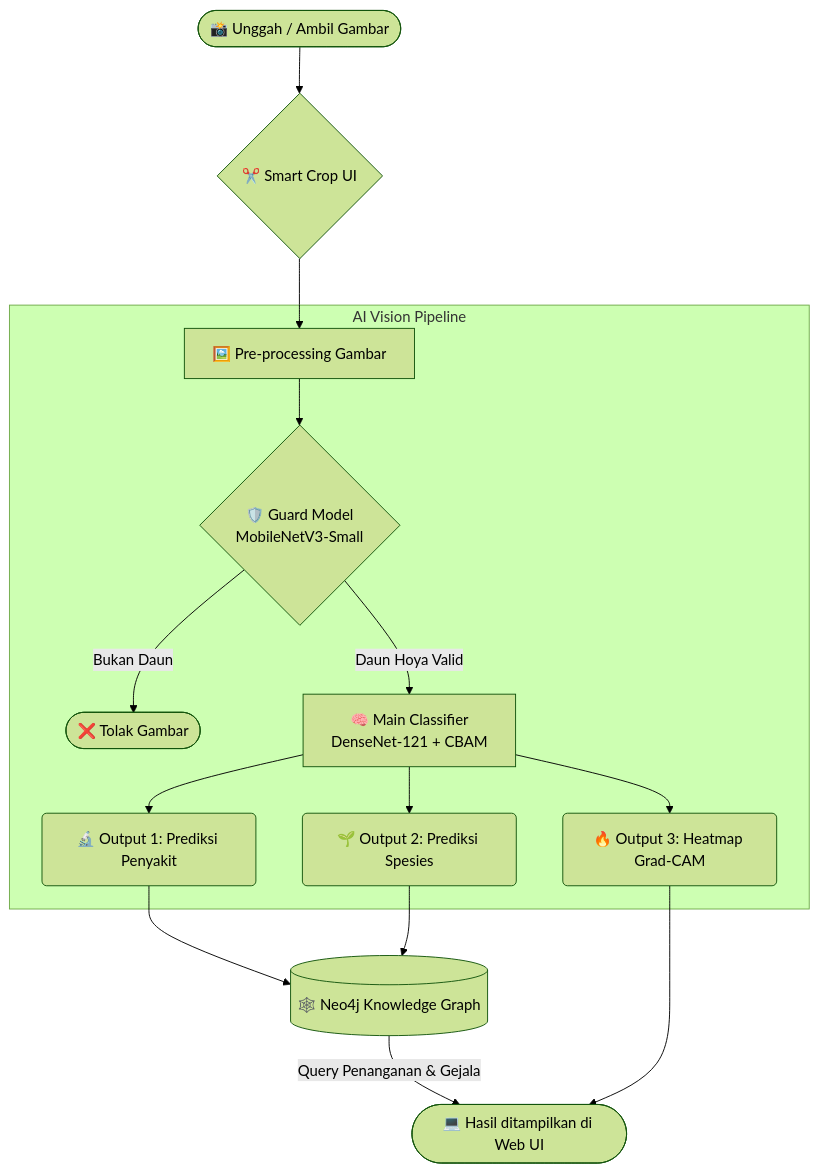
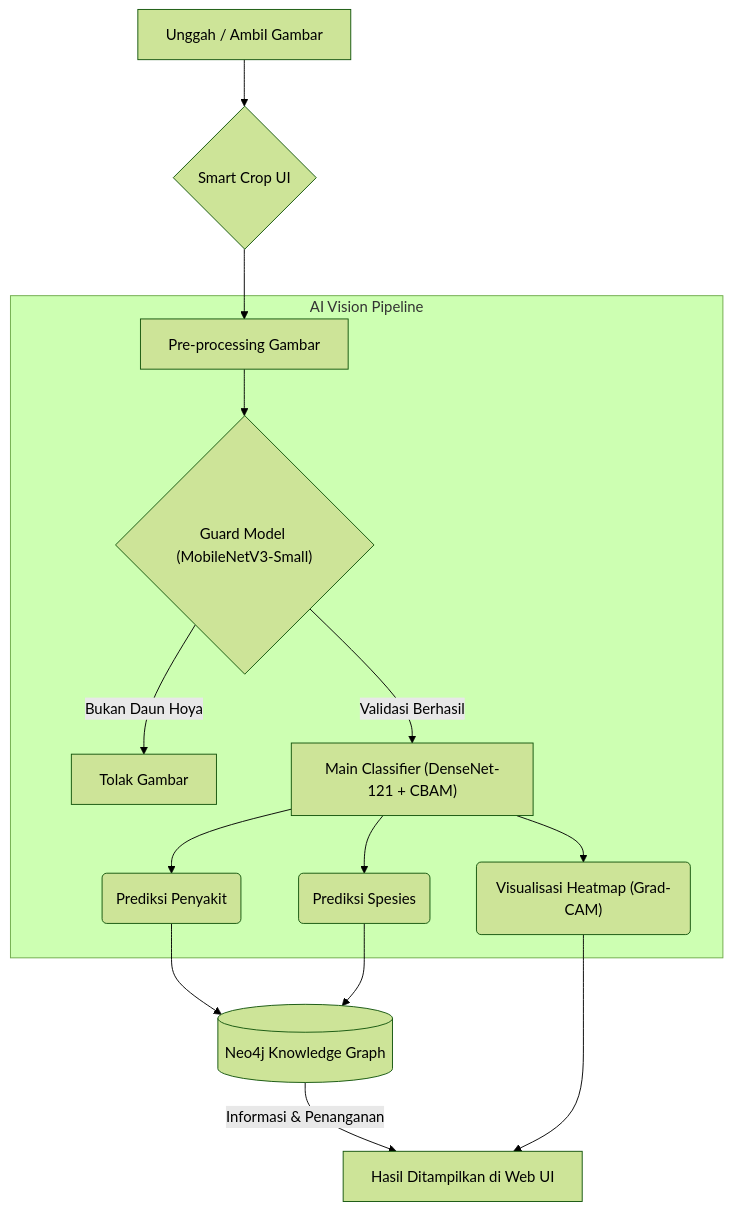
The diagram in README.md (fabiobanyu/MBKM-Hoya-Leaf-Disease-Detection), drawn with Mermaid (forest theme) before and after one commit. The commit also changed other lines of this file, not shown here.

Commit message:
Enhance README.md design, add tech stack section and fix Mermaid diagram

````diff
--- a/README.md
+++ b/README.md
@@ -47,21 +68,21 @@
 ```mermaid
 graph TD
-    A([📸 Unggah / Ambil Gambar]) --> B{✂️ Smart Crop UI}
-    B --> C[🖼️ Pre-processing Gambar]
+    A["Unggah / Ambil Gambar"] --> B{"Smart Crop UI"}
+    B --> C["Pre-processing Gambar"]
     
-    subgraph AI Vision Pipeline
-        C --> D{🛡️ Guard Model<br/>MobileNetV3-Small}
-        D -- "Bukan Daun" --> E([❌ Tolak Gambar])
-        D -- "Daun Hoya Valid" --> F[🧠 Main Classifier<br/>DenseNet-121 + CBAM]
+    subgraph "AI Vision Pipeline"
+        C --> D{"Guard Model (MobileNetV3-Small)"}
+        D -- "Bukan Daun Hoya" --> E["Tolak Gambar"]
+        D -- "Validasi Berhasil" --> F["Main Classifier (DenseNet-121 + CBAM)"]
         
-        F --> G1(🔬 Output 1: Prediksi Penyakit)
-        F --> G2(🌱 Output 2: Prediksi Spesies)
-        F --> G3(🔥 Output 3: Heatmap Grad-CAM)
+        F --> G1("Prediksi Penyakit")
+        F --> G2("Prediksi Spesies")
+        F --> G3("Visualisasi Heatmap (Grad-CAM)")
     end
     
-    G1 --> H[(🕸️ Neo4j Knowledge Graph)]
+    G1 --> H[("Neo4j Knowledge Graph")]
     G2 --> H
     
-    H -- "Query Penanganan & Gejala" --> I([💻 Hasil ditampilkan di Web UI])
+    H -- "Informasi & Penanganan" --> I["Hasil Ditampilkan di Web UI"]
     G3 --> I
 ```
````
